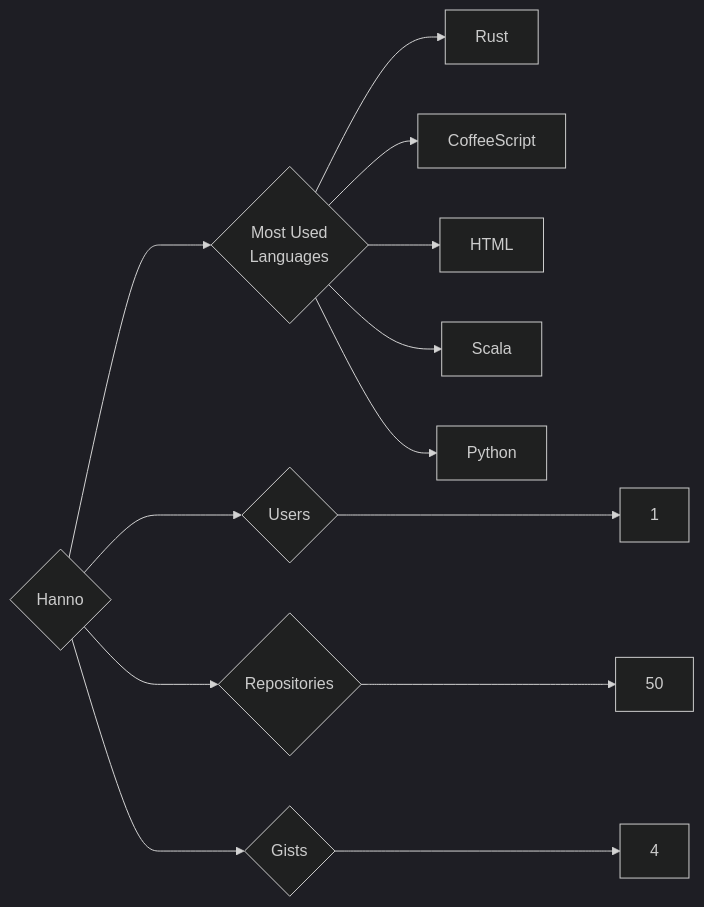
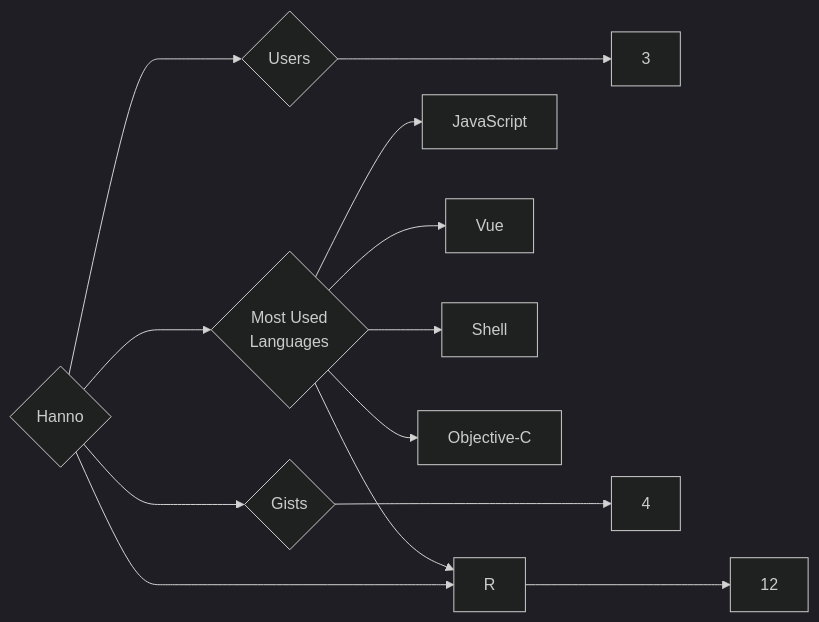
The diagram in targets/Hanno/README.md (trickest/insiders), drawn with Mermaid (dark theme) before and after one commit. The commit also changed 895 other files, not shown here.

````diff
--- a/targets/Hanno/README.md
+++ b/targets/Hanno/README.md
@@ -3,13 +3,13 @@
 ```mermaid
 graph LR
 COMPANY_NAME{Hanno}
-COMPANY_NAME ---> U{Users} ---> UN[1]
-COMPANY_NAME ---> R{Repositories} ---> RN[50]
+COMPANY_NAME ---> U{Users} ---> UN[3]
+COMPANY_NAME ---> R{Repositories} ---> RN[12]
 COMPANY_NAME ---> G{Gists} ---> GN[4]
 COMPANY_NAME ---> ML{Most Used<br>Languages}
-ML --> Rust[Rust]
-ML --> CoffeeScript[CoffeeScript]
-ML --> HTML[HTML]
-ML --> Scala[Scala]
-ML --> Python[Python]
+ML --> JavaScript[JavaScript]
+ML --> R[R]
+ML --> Vue[Vue]
+ML --> Shell[Shell]
+ML --> Objective-C[Objective-C]
 ```
````
